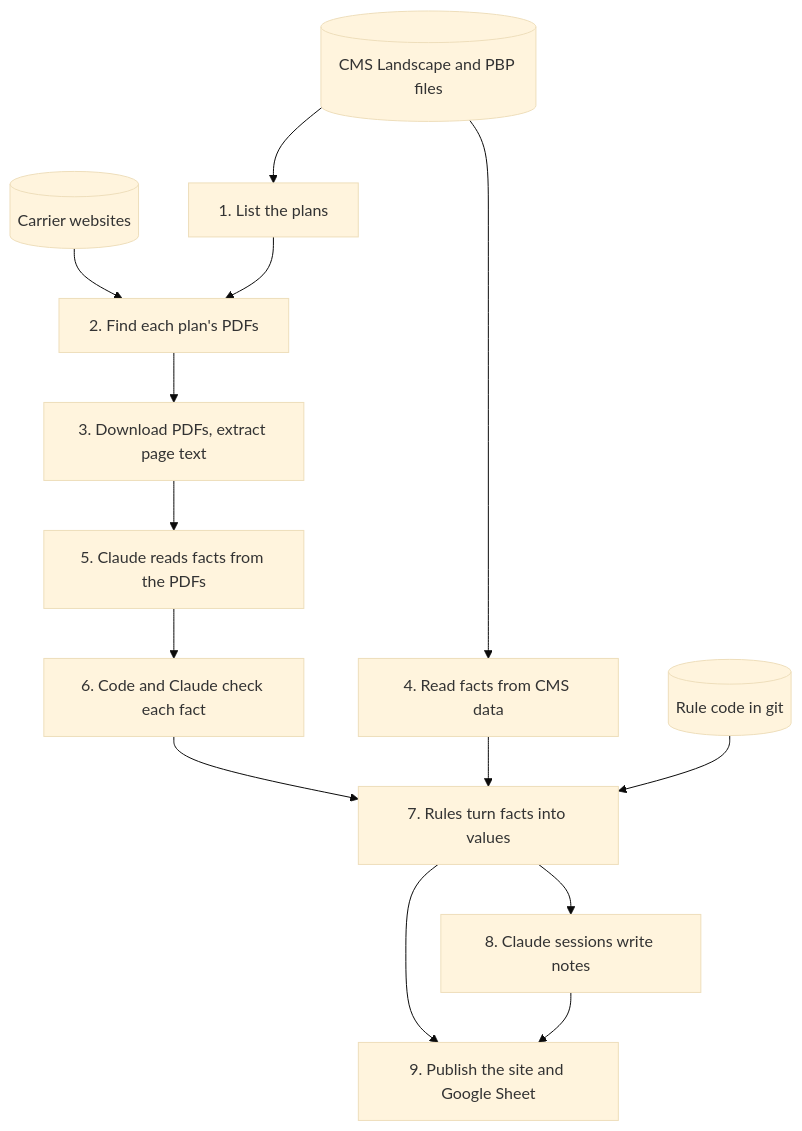
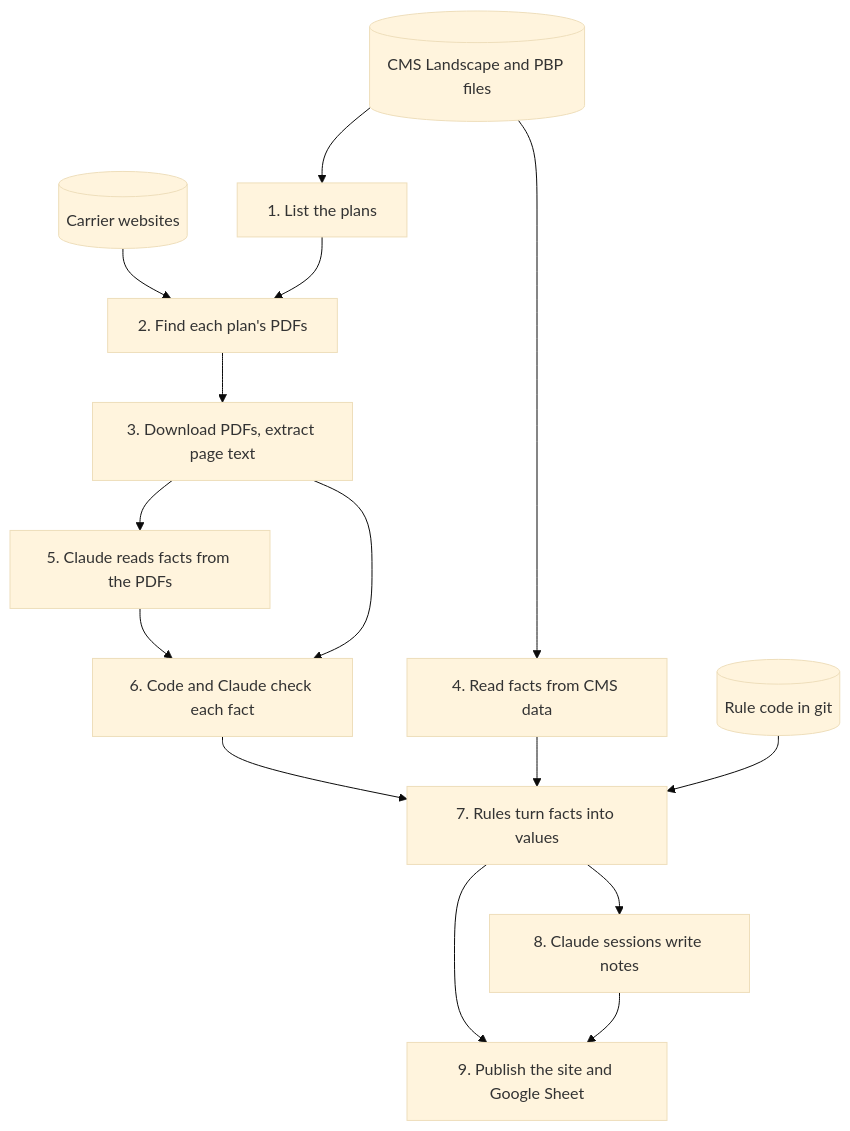
Before and after one commit to rosenhouse-bot-sandbox/shiba-data: the diagram in docs/pipeline.md, drawn with Mermaid (base theme). The commit also changed 5 other files, not shown here.

First line of the commit message:
Add a Write notes step to the map, and page text as an input of Check facts

````diff
--- a/docs/pipeline.md
+++ b/docs/pipeline.md
@@ -46,16 +46,17 @@
 ```mermaid
 flowchart TD
   cms[(CMS Landscape and PBP files)] --> plans[1. List the plans]
   carriers[(Carrier websites)] --> find[2. Find each plan's PDFs]
   plans --> find
   find --> text[3. Download PDFs, extract page text]
   cms --> cmsfacts[4. Read facts from CMS data]
   text --> read[5. Claude reads facts from the PDFs]
   read --> check[6. Code and Claude check each fact]
+  text --> check
   check --> present[7. Rules turn facts into values]
   cmsfacts --> present
   rules[(Rule code in git)] --> present
   present --> notes[8. Claude sessions write notes]
   present --> publish[9. Publish the site and Google Sheet]
   notes --> publish
 ```
````
